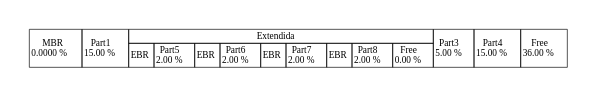
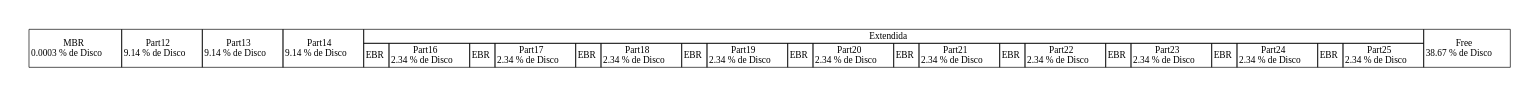
Before and after one commit to MacoChave/DiskParted: the diagram in disk_report.dot, drawn with Graphviz. The commit also changed 4 other files, not shown here.

```diff
--- a/disk_report.dot
+++ b/disk_report.dot
@@ -1,28 +1,39 @@
 digraph {
 	graph[pad="0.5", nodesep="0.5", ranksep="2"]
 	node [shape = plain]
 	rankdir = LR
 	DISK [label=<
 		<table border="0" cellborder="1" cellspacing="0">
 			<tr>
-				<td rowspan="2">MBR <br/> 0.0000 %</td>
-				<td rowspan="2">Part1 <br/> 15.00 %</td>
-				<td colspan="9">Extendida</td>
-				<td rowspan="2">Part3 <br/> 5.00 %</td>
-				<td rowspan="2">Part4 <br/> 15.00 %</td>
-				<td rowspan="2">Free <br/> 36.00 %</td>
+				<td rowspan="2">MBR<br/>0.0003 % de Disco</td>
+				<td rowspan="2">Part12<br/>9.14 % de Disco</td>
+				<td rowspan="2">Part13<br/>9.14 % de Disco</td>
+				<td rowspan="2">Part14<br/>9.14 % de Disco</td>
+				<td colspan="20">Extendida</td>
+				<td rowspan="2">Free<br/>38.67 % de Disco</td>
 			</tr>
 			<tr>
 				<td>EBR</td>
-				<td>Part5 <br/> 2.00 %</td>
+				<td>Part16<br/>2.34 % de Disco</td>
 				<td>EBR</td>
-				<td>Part6 <br/> 2.00 %</td>
+				<td>Part17<br/>2.34 % de Disco</td>
 				<td>EBR</td>
-				<td>Part7 <br/> 2.00 %</td>
+				<td>Part18<br/>2.34 % de Disco</td>
 				<td>EBR</td>
-				<td>Part8 <br/> 2.00 %</td>
-				<td>Free <br/> 0.00 %</td>
+				<td>Part19<br/>2.34 % de Disco</td>
+				<td>EBR</td>
+				<td>Part20<br/>2.34 % de Disco</td>
+				<td>EBR</td>
+				<td>Part21<br/>2.34 % de Disco</td>
+				<td>EBR</td>
+				<td>Part22<br/>2.34 % de Disco</td>
+				<td>EBR</td>
+				<td>Part23<br/>2.34 % de Disco</td>
+				<td>EBR</td>
+				<td>Part24<br/>2.34 % de Disco</td>
+				<td>EBR</td>
+				<td>Part25<br/>2.34 % de Disco</td>
 			</tr>
 		</table>
 	>]
 }
```
